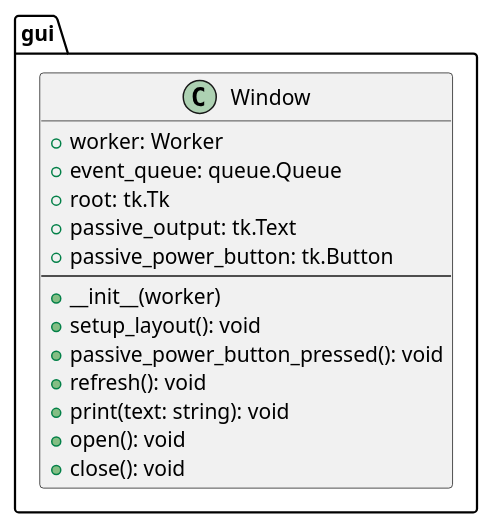
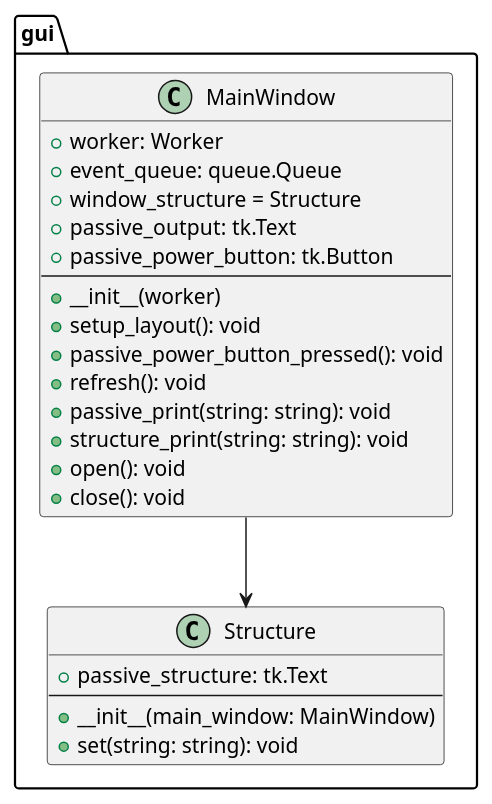
One commit to NSAandYou/Netzwerkscanner changed the diagram in gui/Gui.puml. Above: the diagram before and after it, drawn with PlantUML. The commit also changed 7 other files, not shown here.

Commit message:
1.2 Added Network Structure class Added Window for Network Structure

```diff
--- a/gui/Gui.puml
+++ b/gui/Gui.puml
@@ -1,19 +1,29 @@
 @startuml gui
 package gui {
-    class Window {
+    class MainWindow {
         + worker: Worker
         + event_queue: queue.Queue
-        + root: tk.Tk
+        + window_structure = Structure
         + passive_output: tk.Text
         + passive_power_button: tk.Button
         --
         + __init__(worker)
         + setup_layout(): void
         + passive_power_button_pressed(): void
         + refresh(): void
-        + print(text: string): void
+        + passive_print(string: string): void
+        + structure_print(string: string): void
         + open(): void
         + close(): void
     }
+
+    class Structure {
+        + passive_structure: tk.Text
+        --
+        + __init__(main_window: MainWindow)
+        + set(string: string): void
+    }
+
+    MainWindow --> Structure
 }
 @enduml
```
